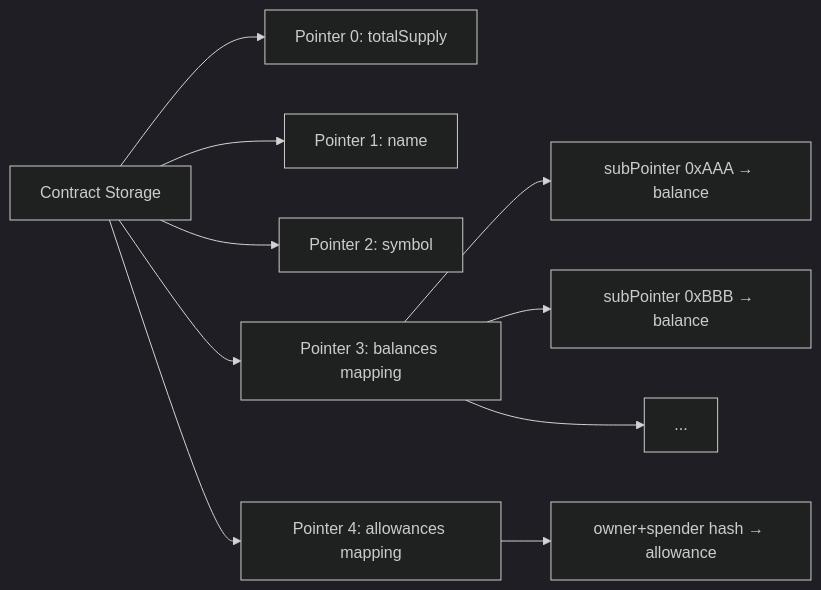
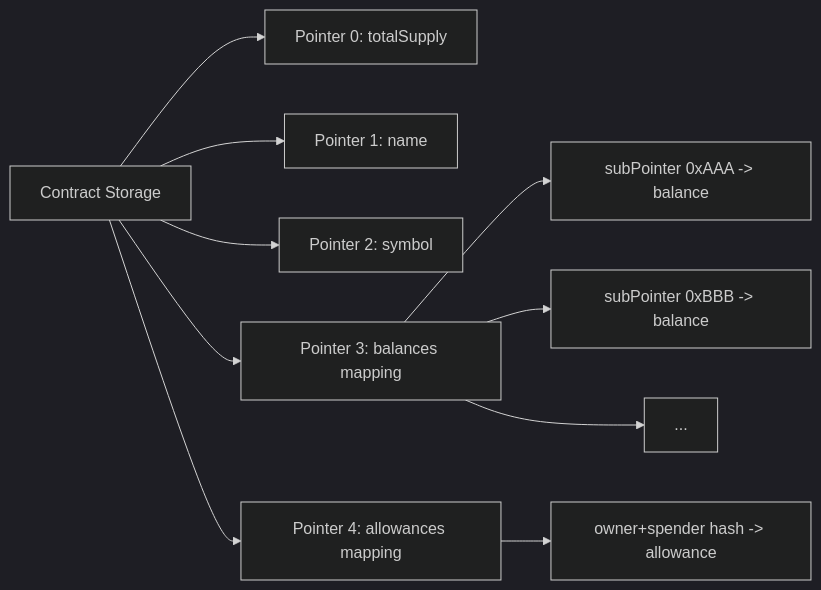
Before and after one commit to btc-vision/btc-runtime: the second of 7 diagrams in docs/core-concepts/storage-system.md, drawn with Mermaid. The commit also changed other lines of this file and 5 other files, not shown here.

````diff
--- a/docs/core-concepts/storage-system.md
+++ b/docs/core-concepts/storage-system.md
@@ -190,18 +72,18 @@
 ```mermaid
 ---
 config:
   theme: dark
 ---
 flowchart LR
     CS[Contract Storage] --> P0["Pointer 0: totalSupply"]
     CS --> P1["Pointer 1: name"]
     CS --> P2["Pointer 2: symbol"]
     CS --> P3["Pointer 3: balances mapping"]
     CS --> P4["Pointer 4: allowances mapping"]
 
-    P3 --> S1["subPointer 0xAAA → balance"]
-    P3 --> S2["subPointer 0xBBB → balance"]
+    P3 --> S1["subPointer 0xAAA -> balance"]
+    P3 --> S2["subPointer 0xBBB -> balance"]
     P3 --> S3["..."]
 
-    P4 --> N1["owner+spender hash → allowance"]
+    P4 --> N1["owner+spender hash -> allowance"]
 ```
````
